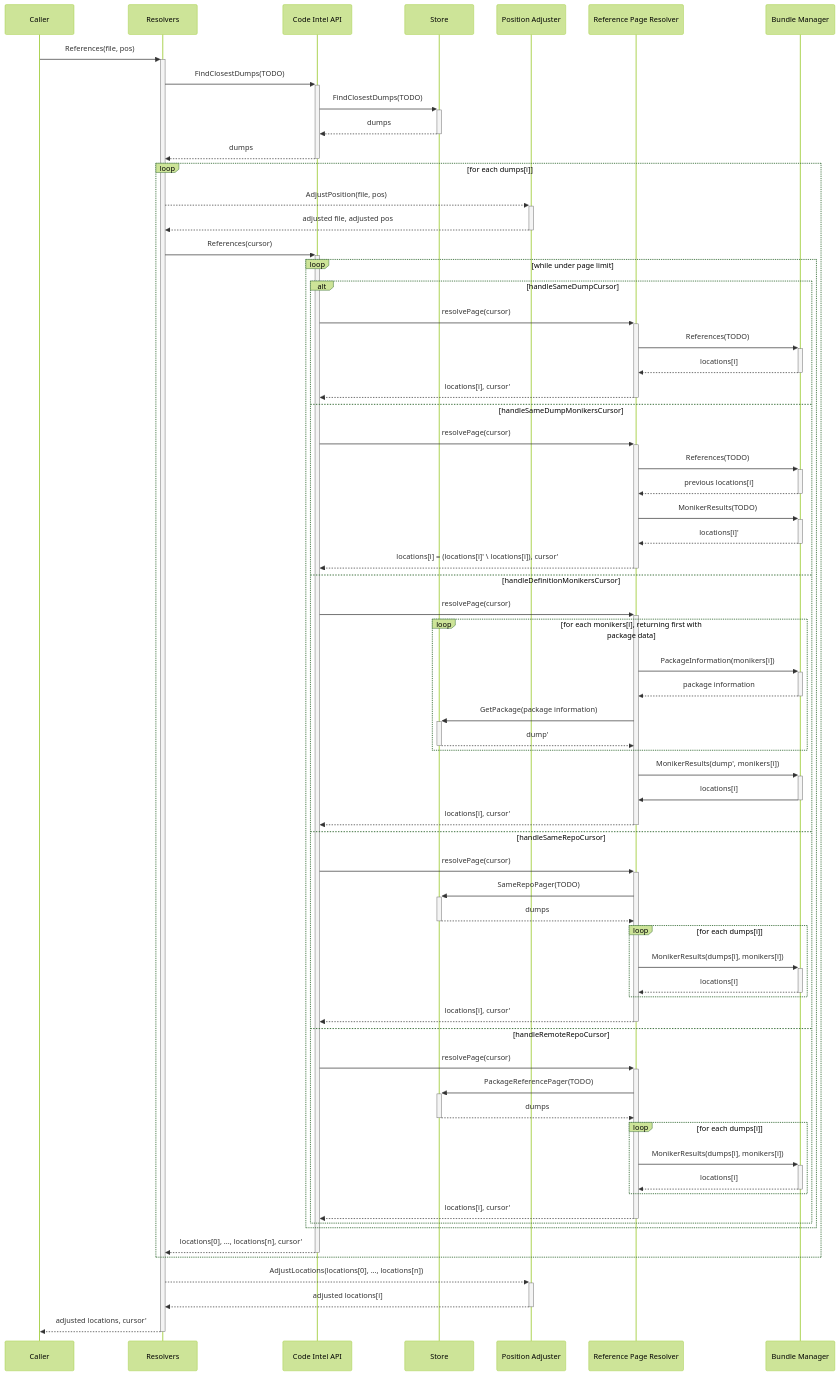
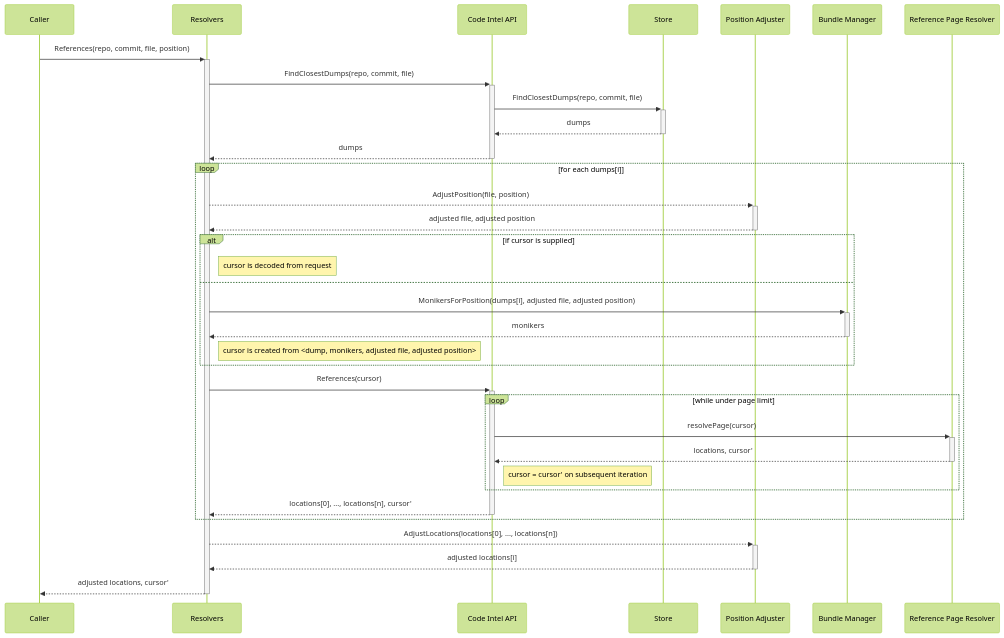
Before and after one commit to Mistobaan/sourcegraph: the diagram in doc/dev/codeintel/diagrams/references.mermaid, drawn with Mermaid (forest theme). The commit also changed 13 other files, not shown here.

```diff
--- a/doc/dev/codeintel/diagrams/references.mermaid
+++ b/doc/dev/codeintel/diagrams/references.mermaid
@@ -1,68 +1,34 @@
 sequenceDiagram
-  Caller          ->>+ Resolvers: References(file, pos)
-  Resolvers       ->>+ Code Intel API: FindClosestDumps(TODO)
-  Code Intel API  ->>+ Store: FindClosestDumps(TODO)
+  Caller          ->>+ Resolvers: References(repo, commit, file, position)
+  Resolvers       ->>+ Code Intel API: FindClosestDumps(repo, commit, file)
+  Code Intel API  ->>+ Store: FindClosestDumps(repo, commit, file)
   Store          -->>- Code Intel API: dumps
   Code Intel API -->>- Resolvers: dumps
 
   loop for each dumps[i]
-    Resolvers         -->>+ Position Adjuster: AdjustPosition(file, pos)
-    Position Adjuster -->>- Resolvers: adjusted file, adjusted pos
-    Resolvers          ->>+ Code Intel API: References(cursor)
+    Resolvers         -->>+ Position Adjuster: AdjustPosition(file, position)
+    Position Adjuster -->>- Resolvers: adjusted file, adjusted position
+
+    alt if cursor is supplied
+      Note right of Resolvers: cursor is decoded from request
+    else
+      Resolvers       ->>+ Bundle Manager: MonikersForPosition(dumps[i], adjusted file, adjusted position)
+      Bundle Manager -->>- Resolvers: monikers
+
+      Note right of Resolvers: cursor is created from <dump, monikers, adjusted file, adjusted position>
+    end
+
+    Resolvers ->>+ Code Intel API: References(cursor)
 
     loop while under page limit
-      alt handleSameDumpCursor
-        Code Intel API           ->>+ Reference Page Resolver: resolvePage(cursor)
-        Reference Page Resolver  ->>+ Bundle Manager: References(TODO)
-        Bundle Manager          -->>- Reference Page Resolver: locations[i]
-        Reference Page Resolver -->>- Code Intel API: locations[i], cursor'
-
-      else handleSameDumpMonikersCursor
-        Code Intel API           ->>+ Reference Page Resolver: resolvePage(cursor)
-        Reference Page Resolver  ->>+ Bundle Manager: References(TODO)
-        Bundle Manager          -->>- Reference Page Resolver: previous locations[i]
-        Reference Page Resolver  ->>+ Bundle Manager: MonikerResults(TODO)
-        Bundle Manager          -->>- Reference Page Resolver: locations[i]'
-        Reference Page Resolver -->>- Code Intel API: locations[i] = (locations[i]' \ locations[i]), cursor'
-
-      else handleDefinitionMonikersCursor
-        Code Intel API ->>+ Reference Page Resolver: resolvePage(cursor)
-        loop for each monikers[i], returning first with package data
-          Reference Page Resolver ->>+ Bundle Manager: PackageInformation(monikers[i])
-          Bundle Manager         -->>- Reference Page Resolver: package information
-          Reference Page Resolver ->>+ Store: GetPackage(package information)
-          Store                  -->>- Reference Page Resolver: dump'
-        end
-
-        Reference Page Resolver   ->>+ Bundle Manager: MonikerResults(dump', monikers[i])
-        Bundle Manager            ->>- Reference Page Resolver: locations[i]
-        Reference Page Resolver  -->>- Code Intel API: locations[i], cursor'
-
-      else handleSameRepoCursor
-        Code Intel API           ->>+ Reference Page Resolver: resolvePage(cursor)
-        Reference Page Resolver  ->>+ Store: SameRepoPager(TODO)
-        Store                   -->>- Reference Page Resolver: dumps
-        loop for each dumps[i]
-          Reference Page Resolver ->>+ Bundle Manager: MonikerResults(dumps[i], monikers[i])
-          Bundle Manager         -->>- Reference Page Resolver: locations[i]
-        end
-        Reference Page Resolver -->>- Code Intel API: locations[i], cursor'
-
-      else handleRemoteRepoCursor
-        Code Intel API          ->>+ Reference Page Resolver: resolvePage(cursor)
-        Reference Page Resolver ->>+ Store: PackageReferencePager(TODO)
-        Store                  -->>- Reference Page Resolver: dumps
-        loop for each dumps[i]
-          Reference Page Resolver ->>+ Bundle Manager: MonikerResults(dumps[i], monikers[i])
-          Bundle Manager         -->>- Reference Page Resolver: locations[i]
-        end
-        Reference Page Resolver  -->>- Code Intel API: locations[i], cursor'
-      end
+      Code Intel API           ->>+ Reference Page Resolver: resolvePage(cursor)
+      Reference Page Resolver -->>- Code Intel API: locations, cursor'
+      Note right of Code Intel API: cursor = cursor' on subsequent iteration
     end
 
-    Code Intel API    -->>- Resolvers: locations[0], ..., locations[n], cursor'
+    Code Intel API -->>- Resolvers: locations[0], ..., locations[n], cursor'
   end
 
   Resolvers         -->>+ Position Adjuster: AdjustLocations(locations[0], ..., locations[n])
   Position Adjuster -->>- Resolvers: adjusted locations[i]
   Resolvers -->>- Caller: adjusted locations, cursor'
```
